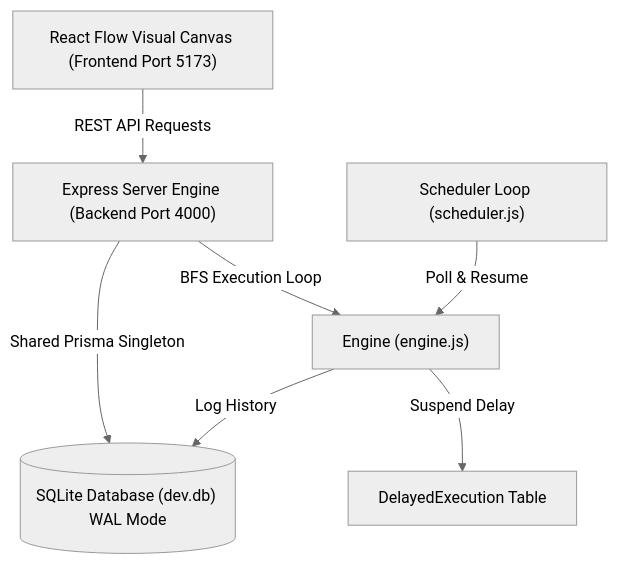
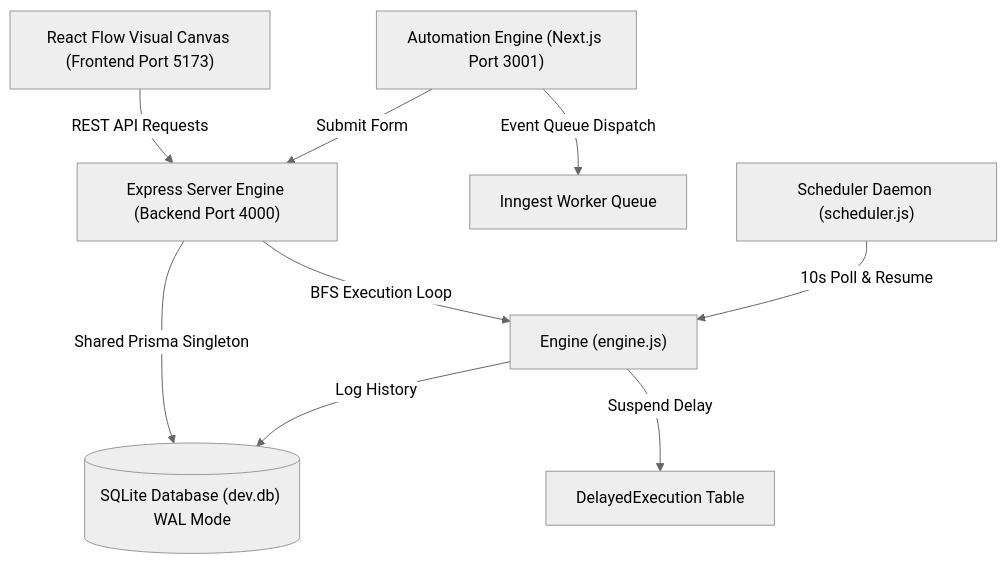
One commit to AB-stack-cmd/automation-flow changed the first of 2 diagrams in ARCHITECTURE.md. Above: the diagram before and after it, drawn with Mermaid (neutral theme). The commit also changed other lines of this file and 23 other files, not shown here.

````diff
--- a/ARCHITECTURE.md
+++ b/ARCHITECTURE.md
@@ -11,9 +11,11 @@
 ```mermaid
 graph TD
     Client["React Flow Visual Canvas (Frontend Port 5173)"] -->|REST API Requests| API["Express Server Engine (Backend Port 4000)"]
+    IngestApp["Automation Engine (Next.js Port 3001)"] -->|Event Queue Dispatch| Inngest["Inngest Worker Queue"]
+    IngestApp -->|Submit Form| API
     API -->|Shared Prisma Singleton| DB[("SQLite Database (dev.db) WAL Mode")]
     API -->|BFS Execution Loop| Engine["Engine (engine.js)"]
     Engine -->|Suspend Delay| DelayTable["DelayedExecution Table"]
-    Scheduler["Scheduler Loop (scheduler.js)"] -->|Poll & Resume| Engine
+    Scheduler["Scheduler Daemon (scheduler.js)"] -->|10s Poll & Resume| Engine
     Engine -->|Log History| DB
 ```
````
